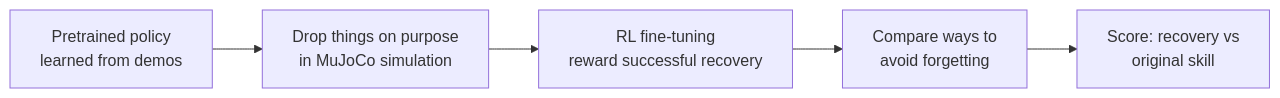
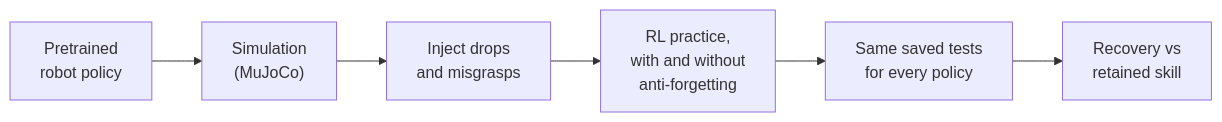
One commit to hongbinyang/afterslip changed the diagram in README.md. Above: the diagram before and after it, drawn with Mermaid. The commit also changed other lines of this file, not shown here.

Commit message:
Link the architecture overview from the README
Replace the README flow diagram with the six-box view from the
architecture overview, marked as planned behaviour, and add
architecture.md and design.md to the reading guide and layout.

````diff
--- a/README.md
+++ b/README.md
@@ -19,7 +19,8 @@
 ```mermaid
 flowchart LR
-    A[Pretrained policy<br/>learned from demos] --> B[Drop things on purpose<br/>in MuJoCo simulation]
-    B --> C[RL fine-tuning<br/>reward successful recovery]
-    C --> D[Compare ways to<br/>avoid forgetting]
-    D --> E[Score: recovery vs<br/>original skill]
+    P["Pretrained<br/>robot policy"] --> S["Simulation<br/>(MuJoCo)"]
+    S --> D["Inject drops<br/>and misgrasps"]
+    D --> R["RL practice,<br/>with and without<br/>anti-forgetting"]
+    R --> E["Same saved tests<br/>for every policy"]
+    E --> V["Recovery vs<br/>retained skill"]
 ```
````
